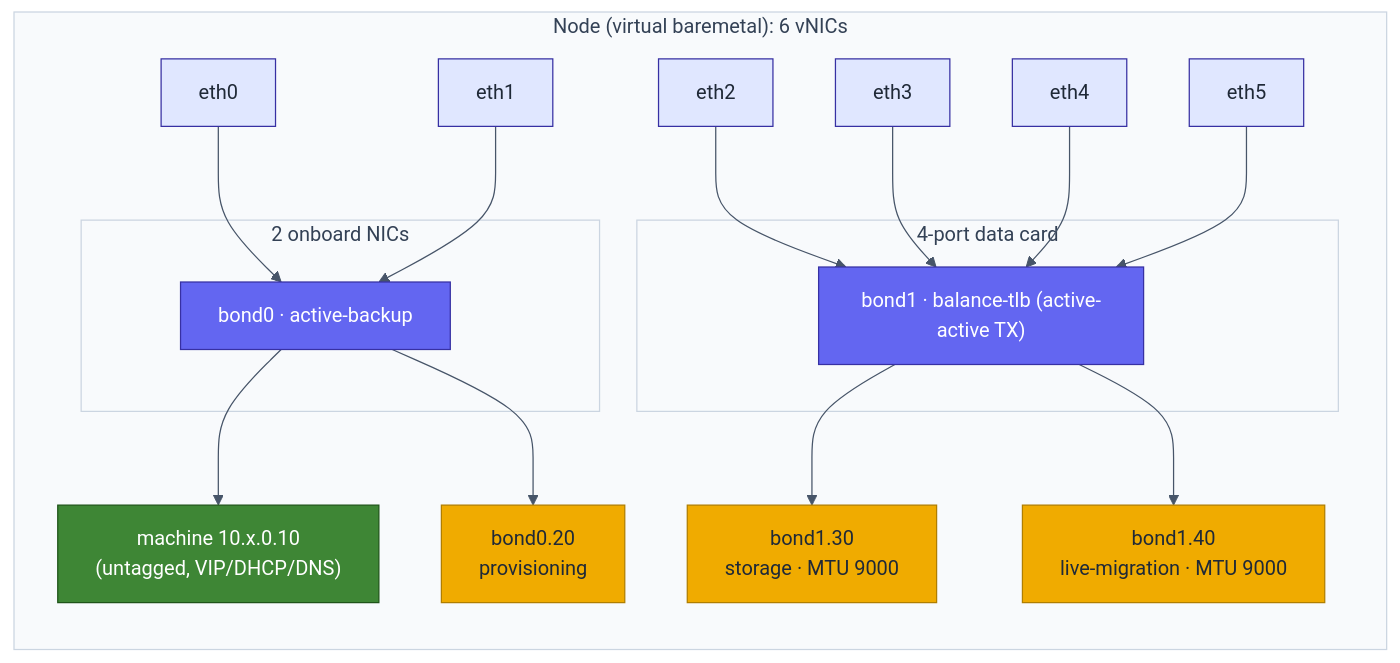
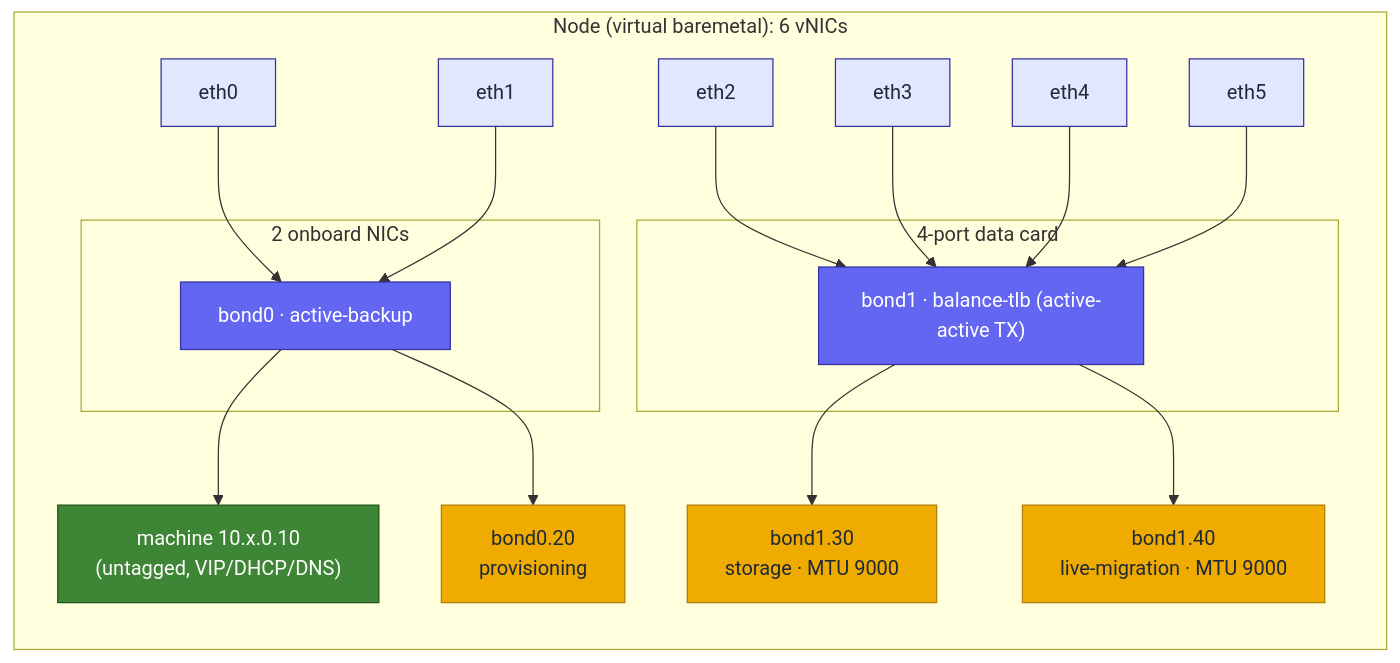
One commit to maci0/vmetal-openshift changed the first of 10 diagrams in docs/architecture.md. Above: the diagram before and after it, drawn with Mermaid. The commit also changed other lines of this file and 6 other files, not shown here.

First line of the commit message:
docs: drop the forced mermaid theme (GitHub renders adaptively)

````diff
--- a/docs/architecture.md
+++ b/docs/architecture.md
@@ -35,30 +35,29 @@
 ```mermaid
-%%{init: {'theme':'base','themeVariables':{'fontFamily':'ui-sans-serif, system-ui, Segoe UI, Roboto, Helvetica, Arial, sans-serif','clusterBkg':'#f8fafc','clusterBorder':'#cbd5e1','titleColor':'#334155','lineColor':'#475569','primaryColor':'#eef2ff','primaryBorderColor':'#94a3b8','primaryTextColor':'#0f172a','edgeLabelBackground':'#ffffff'}}}%%
 flowchart LR
   subgraph node["Node (virtual baremetal): 6 vNICs"]
     direction TB
     e0["eth0"]; e1["eth1"]
     e2["eth2"]; e3["eth3"]; e4["eth4"]; e5["eth5"]
     subgraph onboard["2 onboard NICs"]
       b0["bond0 · active-backup"]
     end
     subgraph card["4-port data card"]
       b1["bond1 · balance-tlb (active-active TX)"]
     end
     m["machine 10.x.0.10<br/>(untagged, VIP/DHCP/DNS)"]
     p["bond0.20<br/>provisioning"]
     s["bond1.30<br/>storage · MTU 9000"]
     mig["bond1.40<br/>live-migration · MTU 9000"]
   end
   e0 --> b0; e1 --> b0
   e2 --> b1; e3 --> b1; e4 --> b1; e5 --> b1
   b0 --> m
   b0 --> p
   b1 --> s
   b1 --> mig
   classDef nic fill:#e0e7ff,stroke:#3730a3,color:#1f2937;
   classDef bond fill:#6366f1,stroke:#3730a3,color:#fff;
   classDef untag fill:#3e8635,stroke:#1f5419,color:#fff;
   classDef vlan fill:#f0ab00,stroke:#b07e00,color:#1f2937;
   class e0,e1,e2,e3,e4,e5 nic; class b0,b1 bond; class m untag; class p,s,mig vlan;
 ```
````
